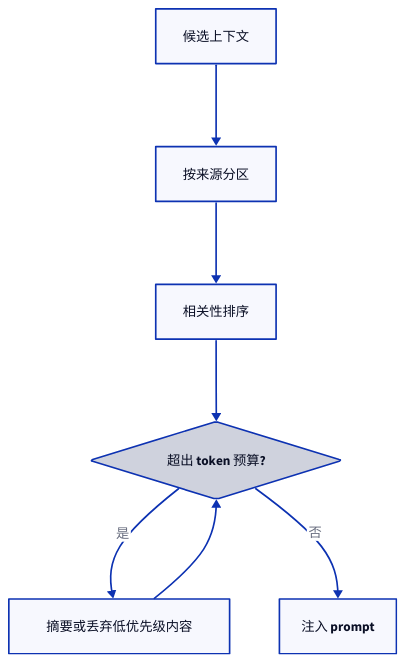
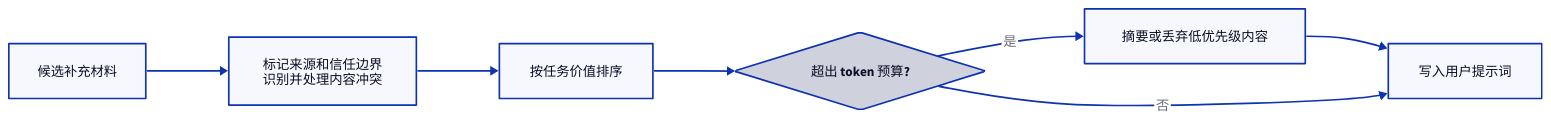
The second of 2 diagrams in apps/docs/ai/Agent/提示词工程.md (youngluo/thinking), drawn with D2 before and after one commit. The commit also changed other lines of this file and 2 other files, not shown here.

Commit message:
docs(ai): refine prompt engineering guide

````diff
--- a/apps/docs/ai/Agent/提示词工程.md
+++ b/apps/docs/ai/Agent/提示词工程.md
@@ -282,22 +314,18 @@
 ```d2
-direction: down
+direction: right
 
-A: 候选上下文
-B: 按来源分区
-C: 相关性排序
+A: 候选补充材料
+B: 标记来源和信任边界\n识别并处理内容冲突
+C: 按任务价值排序
 D: 超出 token 预算? {
   shape: diamond
   class: decision
 }
-E: 摘要或丢弃低优先级内容 {
-  class: fail
-}
-F: 注入 prompt {
-  class: ok
-}
+E: 摘要或丢弃低优先级内容
+F: 写入用户提示词
 
 A -> B -> C -> D
 D -> E: 是
-E -> D
+E -> F
 D -> F: 否
 ```
````
